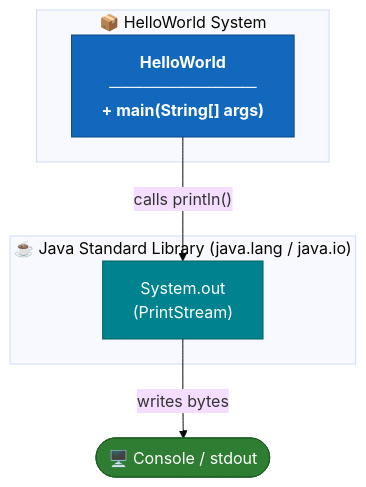
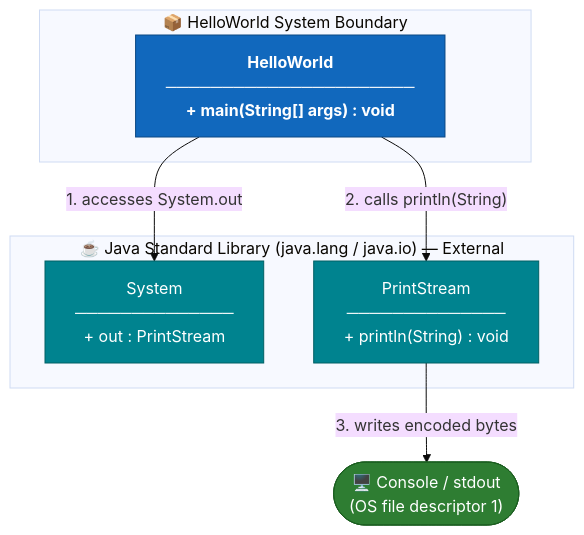
One commit to ktruchcz/copilot-test-ktruchcz changed the fifth of 20 diagrams in arc42-documentation.md. Above: the diagram before and after it, drawn with Mermaid (base theme). The commit also changed other lines of this file, not shown here.

First line of the commit message:
Update arc42-documentation.md to v1.1.0 with enhanced content and new diagrams

````diff
--- a/arc42-documentation.md
+++ b/arc42-documentation.md
@@ -193,19 +253,21 @@
 ```mermaid
 graph TB
     classDef system fill:#1168BD,stroke:#0B4884,color:#fff,font-weight:bold
     classDef stdlib fill:#00838F,stroke:#006064,color:#fff
     classDef io fill:#2E7D32,stroke:#1B5E20,color:#fff
 
-    subgraph HelloWorldSystem["📦 HelloWorld System"]
-        HW["HelloWorld\n─────────────\n+ main(String[] args)"]:::system
+    subgraph HelloWorldSystem["📦 HelloWorld System Boundary"]
+        HW["HelloWorld\n──────────────────────\n+ main(String[] args) : void"]:::system
     end
 
-    subgraph JDK["☕ Java Standard Library (java.lang / java.io)"]
-        SysOut["System.out\n(PrintStream)"]:::stdlib
+    subgraph JDK["☕ Java Standard Library  (java.lang / java.io)  — External"]
+        SysOut["System\n──────────────\n+ out : PrintStream"]:::stdlib
+        PS["PrintStream\n──────────────\n+ println(String) : void"]:::stdlib
     end
 
-    Console(["🖥️ Console / stdout"]):::io
+    Console(["🖥️ Console / stdout\n(OS file descriptor 1)"]):::io
 
-    HW -->|"calls println()"| SysOut
-    SysOut -->|"writes bytes"| Console
+    HW -->|"1. accesses System.out"| SysOut
+    HW -->|"2. calls println(String)"| PS
+    PS -->|"3. writes encoded bytes"| Console
 ```
````
